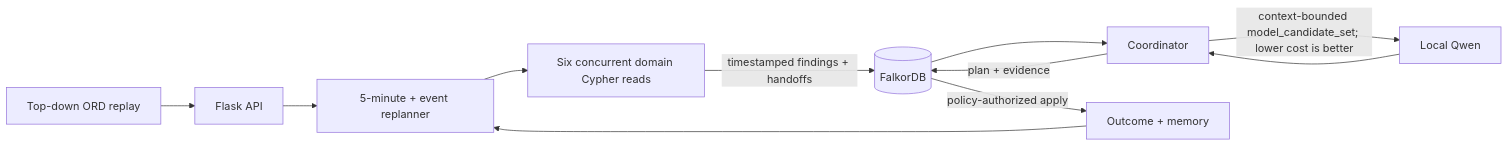
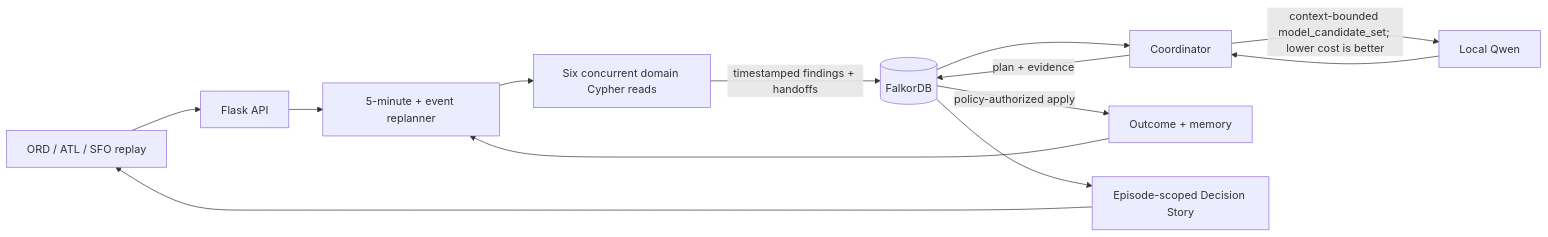
The diagram in README.md (SuVI3010/groundgraph), drawn with Mermaid before and after one commit. The commit also changed other lines of this file and 23 other files, not shown here.

Commit message:
feat: simplify decision story and add multi-airport replay

````diff
--- a/README.md
+++ b/README.md
@@ -66,13 +72,15 @@
 ```mermaid
 flowchart LR
-    UI[Top-down ORD replay] --> API[Flask API]
+    UI[ORD / ATL / SFO replay] --> API[Flask API]
     API --> LOOP[5-minute + event replanner]
     LOOP --> A[Six concurrent domain Cypher reads]
     A -->|timestamped findings + handoffs| G[(FalkorDB)]
     G --> C[Coordinator]
     C -->|context-bounded model_candidate_set; lower cost is better| L[Local Qwen]
     L --> C
     C -->|plan + evidence| G
     G -->|policy-authorized apply| O[Outcome + memory]
     O --> LOOP
+    G --> DS[Episode-scoped Decision Story]
+    DS --> UI
 ```
````
